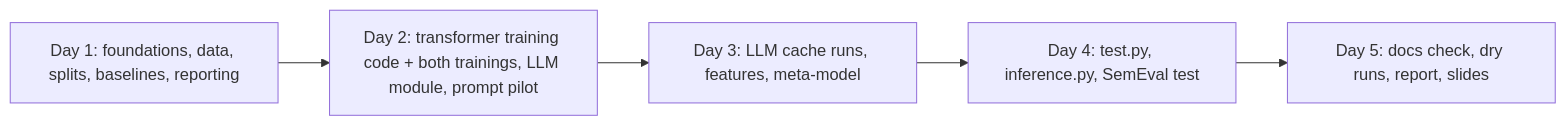
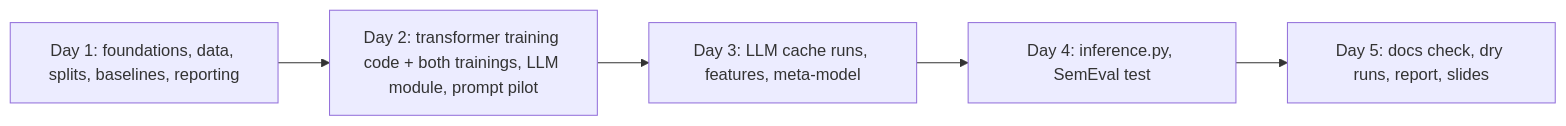
One commit to harshitagr42/EcoConsensus changed the diagram in docs/IMPLEMENTATION_PLAN.md. Above: the diagram before and after it, drawn with Mermaid. The commit also changed other lines of this file and 25 other files, not shown here.

First line of the commit message:
Merge test.py into inference.py; read test data from data/test/

````diff
--- a/docs/IMPLEMENTATION_PLAN.md
+++ b/docs/IMPLEMENTATION_PLAN.md
@@ -28,7 +28,7 @@
 ```mermaid
 flowchart LR
     D1[Day 1: foundations, data, splits, baselines, reporting] --> D2[Day 2: transformer training code + both trainings, LLM module, prompt pilot]
     D2 --> D3[Day 3: LLM cache runs, features, meta-model]
-    D3 --> D4[Day 4: test.py, inference.py, SemEval test]
+    D3 --> D4[Day 4: inference.py, SemEval test]
     D4 --> D5[Day 5: docs check, dry runs, report, slides]
 ```
````
